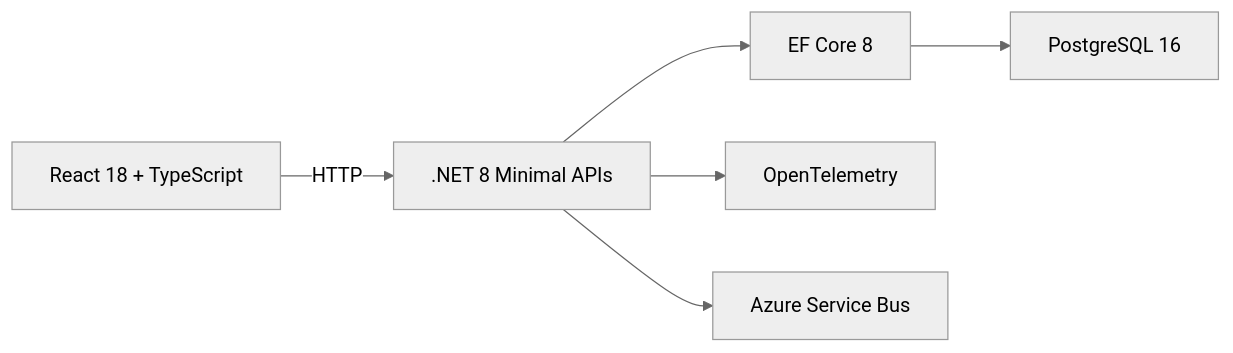
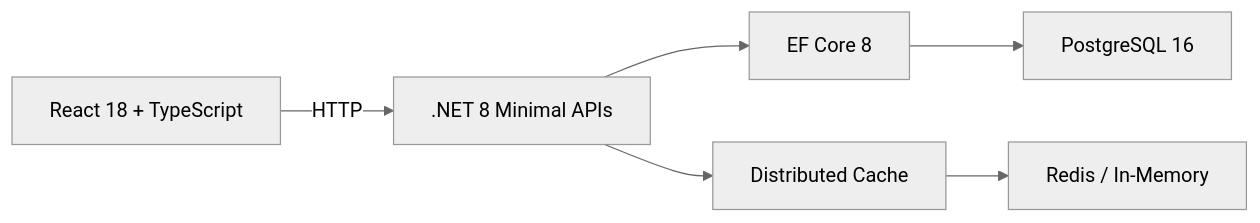
Before and after one commit to bkalafat/barberly: the diagram in README.md, drawn with Mermaid (neutral theme). The commit also changed other lines of this file and 2 other files, not shown here.

Commit message:
refactor: Update architecture documentation and adjust package references for planned features

```diff
--- a/README.md
+++ b/README.md
@@ -43,8 +43,8 @@
 :::mermaid
 graph LR
-    A[React 18 + TypeScript] -->|HTTP| B[.NET 8 Minimal APIs]
-    B --> C[EF Core 8]
-    C --> D[PostgreSQL 16]
-    B --> E[OpenTelemetry]
-    B --> F[Azure Service Bus]
+A[React 18 + TypeScript] -->|HTTP| B[.NET 8 Minimal APIs]
+B --> C[EF Core 8]
+C --> D[PostgreSQL 16]
+B --> E[Distributed Cache]
+E --> F[Redis / In-Memory]
 :::
```
